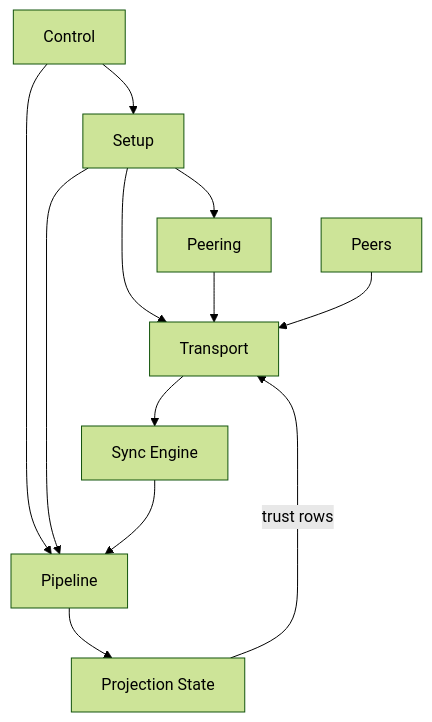
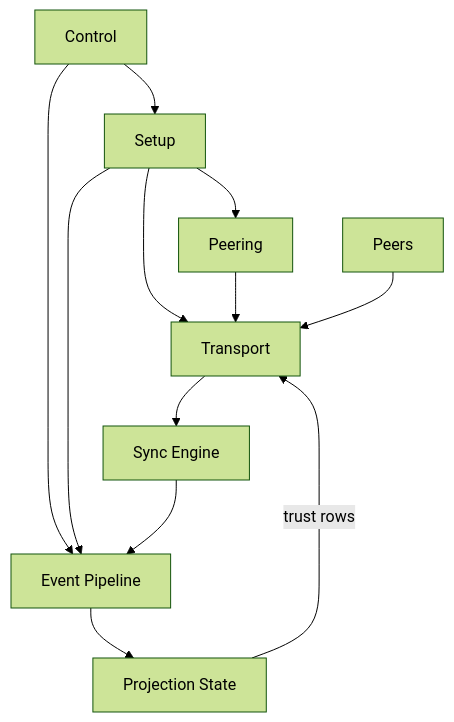
One commit to holmesworcester/topo changed the fourth of 5 diagrams in docs/CURRENT_RUNTIME_DIAGRAM.md. Above: the diagram before and after it, drawn with Mermaid (forest theme). The commit also changed other lines of this file, not shown here.

Commit message:
Refine runtime diagram trust/read layout and high-level label

````diff
--- a/docs/CURRENT_RUNTIME_DIAGRAM.md
+++ b/docs/CURRENT_RUNTIME_DIAGRAM.md
@@ -95,24 +95,24 @@
 ```mermaid
 %%{init: {"flowchart": {"wrappingWidth": 320}} }%%
 flowchart TD
     CTRL["Control"]
     BOOT["Setup"]
     ORCH["Peering"]
     TRANS["Transport"]
     SYNC["Sync Engine"]
-    PIPE["Pipeline"]
+    PIPE["Event Pipeline"]
     PSTATE["Projection State"]
     PEERS["Peers"]
 
     CTRL --> BOOT
     CTRL --> PIPE
     BOOT --> ORCH
     BOOT --> TRANS
     BOOT --> PIPE
     ORCH --> TRANS
     PEERS --> TRANS
     TRANS --> SYNC
     SYNC --> PIPE
     PIPE --> PSTATE
     PSTATE -->|trust rows| TRANS
 ```
````
